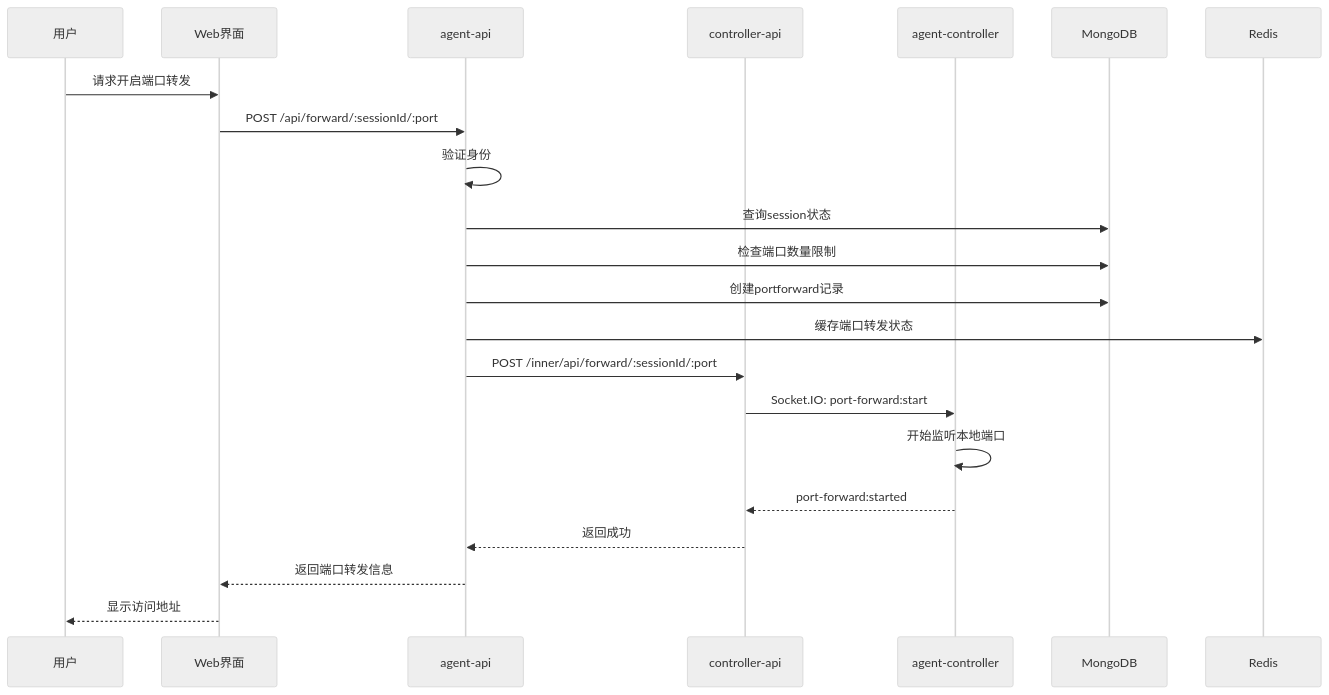
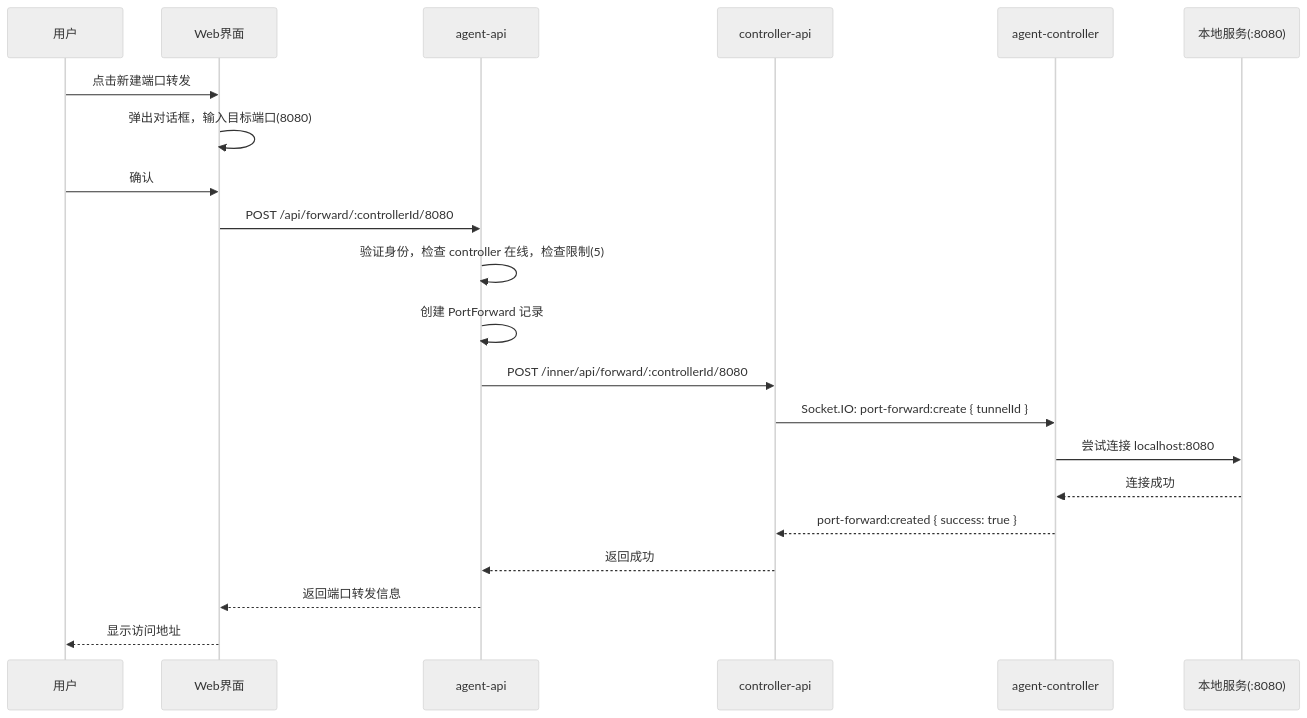
Before and after one commit to Deliay/z-agent-gear: the third of 4 diagrams in docs/engineering/proposals/20260527-feat-port-forwarding.md, drawn with Mermaid (neutral theme). The commit also changed other lines of this file and 1 other file, not shown here.

````diff
--- a/docs/engineering/proposals/20260527-feat-port-forwarding.md
+++ b/docs/engineering/proposals/20260527-feat-port-forwarding.md
@@ -249,25 +307,24 @@
 ```mermaid
 sequenceDiagram
     participant U as 用户
     participant W as Web界面
     participant A as agent-api
     participant C as controller-api
     participant L as agent-controller
-    participant DB as MongoDB
-    participant R as Redis
+    participant S as 本地服务(:8080)
 
-    U->>W: 请求开启端口转发
-    W->>A: POST /api/forward/:sessionId/:port
-    A->>A: 验证身份
-    A->>DB: 查询session状态
-    A->>DB: 检查端口数量限制
-    A->>DB: 创建portforward记录
-    A->>R: 缓存端口转发状态
-    A->>C: POST /inner/api/forward/:sessionId/:port
-    C->>L: Socket.IO: port-forward:start
-    L->>L: 开始监听本地端口
-    L-->>C: port-forward:started
+    U->>W: 点击新建端口转发
+    W->>W: 弹出对话框，输入目标端口(8080)
+    U->>W: 确认
+    W->>A: POST /api/forward/:controllerId/8080
+    A->>A: 验证身份，检查 controller 在线，检查限制(5)
+    A->>A: 创建 PortForward 记录
+    A->>C: POST /inner/api/forward/:controllerId/8080
+    C->>L: Socket.IO: port-forward:create { tunnelId }
+    L->>S: 尝试连接 localhost:8080
+    S-->>L: 连接成功
+    L-->>C: port-forward:created { success: true }
     C-->>A: 返回成功
     A-->>W: 返回端口转发信息
     W-->>U: 显示访问地址
 ```
````
